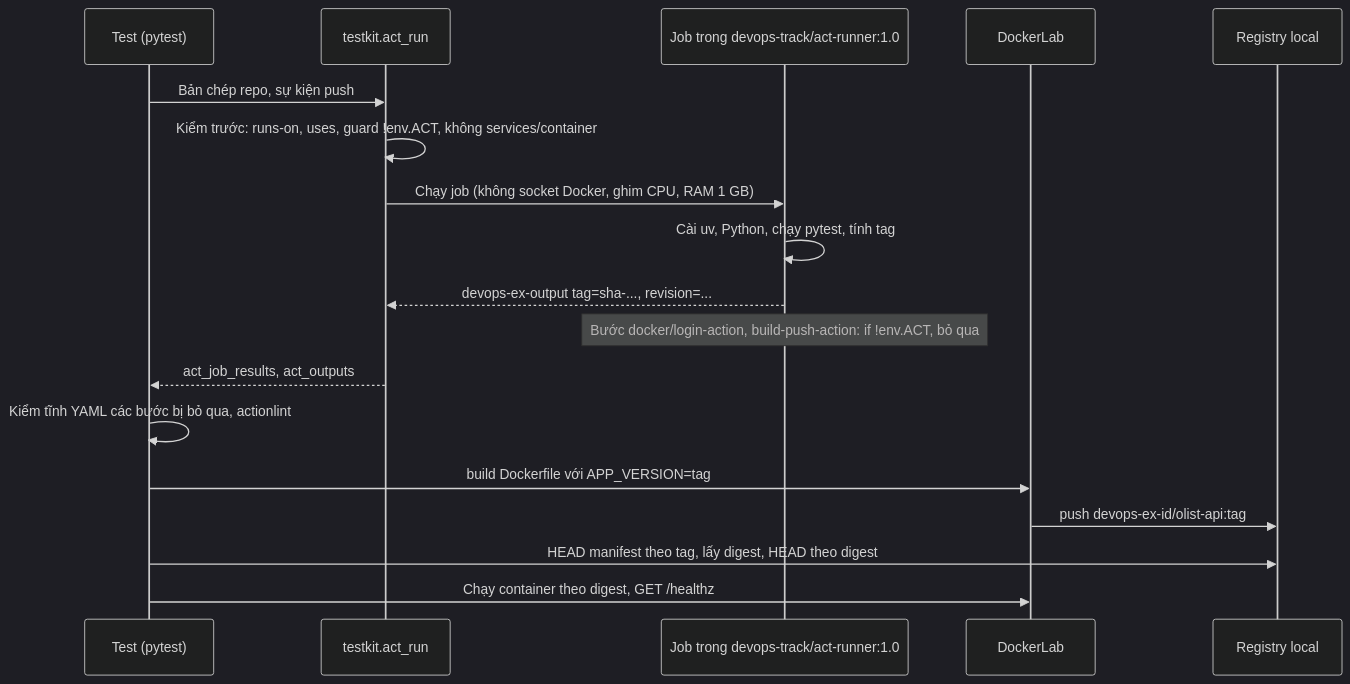
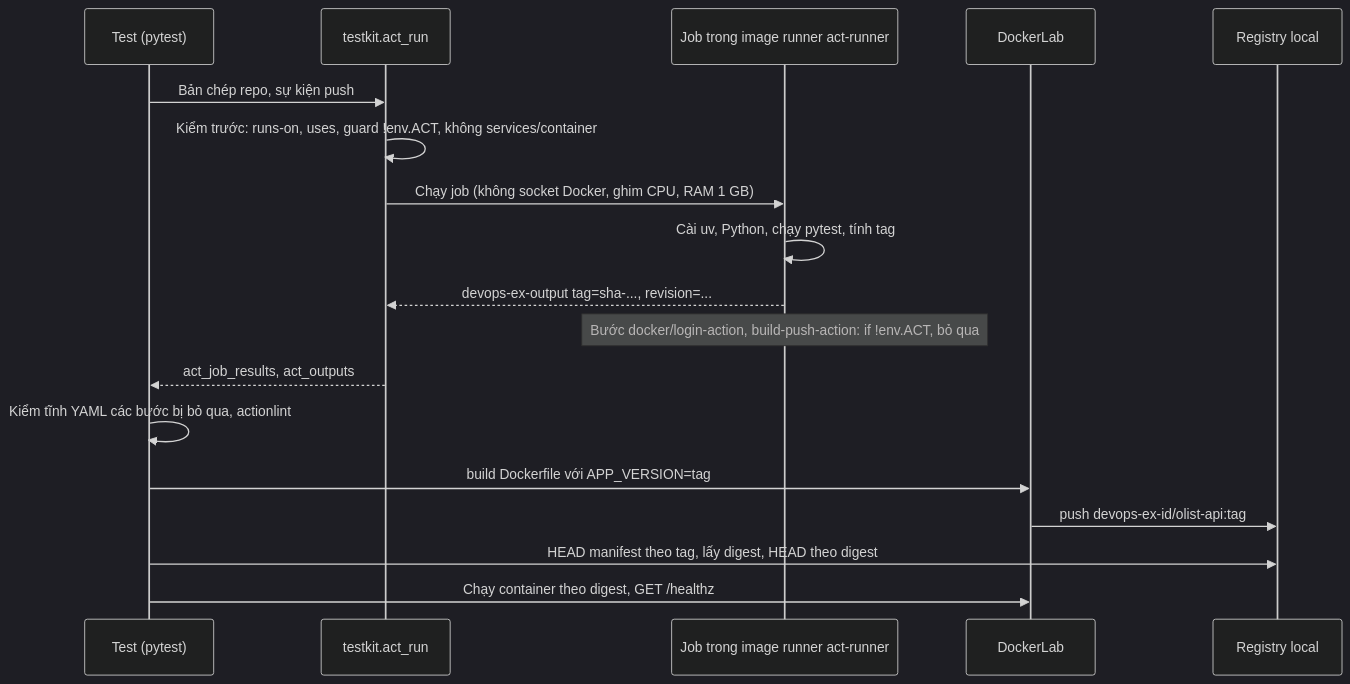
Before and after one commit to Buicongbang04/Learning_Platform: the third of 4 diagrams in tracks/devops/modules/07-cicd-artifacts/README.md, drawn with Mermaid (dark theme). The commit also changed other lines of this file and 9 other files, not shown here.

Commit message:
DevOps 07: chỉ bắt write-all khi thật sự cấp quyền, bắt buộc giữ bước lưu báo cáo, lệnh build image runner theo tag hash, thông báo skip đúng nguyên nhân

````diff
--- a/tracks/devops/modules/07-cicd-artifacts/README.md
+++ b/tracks/devops/modules/07-cicd-artifacts/README.md
@@ -341,20 +348,20 @@
 ```mermaid
 sequenceDiagram
   participant T as Test (pytest)
   participant A as testkit.act_run
-  participant J as Job trong devops-track/act-runner:1.0
+  participant J as Job trong image runner act-runner
   participant L as DockerLab
   participant R as Registry local
   T->>A: Bản chép repo, sự kiện push
   A->>A: Kiểm trước: runs-on, uses, guard !env.ACT, không services/container
   A->>J: Chạy job (không socket Docker, ghim CPU, RAM 1 GB)
   J->>J: Cài uv, Python, chạy pytest, tính tag
   J-->>A: devops-ex-output tag=sha-..., revision=...
   Note over J: Bước docker/login-action, build-push-action: if !env.ACT, bỏ qua
   A-->>T: act_job_results, act_outputs
   T->>T: Kiểm tĩnh YAML các bước bị bỏ qua, actionlint
   T->>L: build Dockerfile với APP_VERSION=tag
   L->>R: push devops-ex-id/olist-api:tag
   T->>R: HEAD manifest theo tag, lấy digest, HEAD theo digest
   T->>L: Chạy container theo digest, GET /healthz
 ```
````
